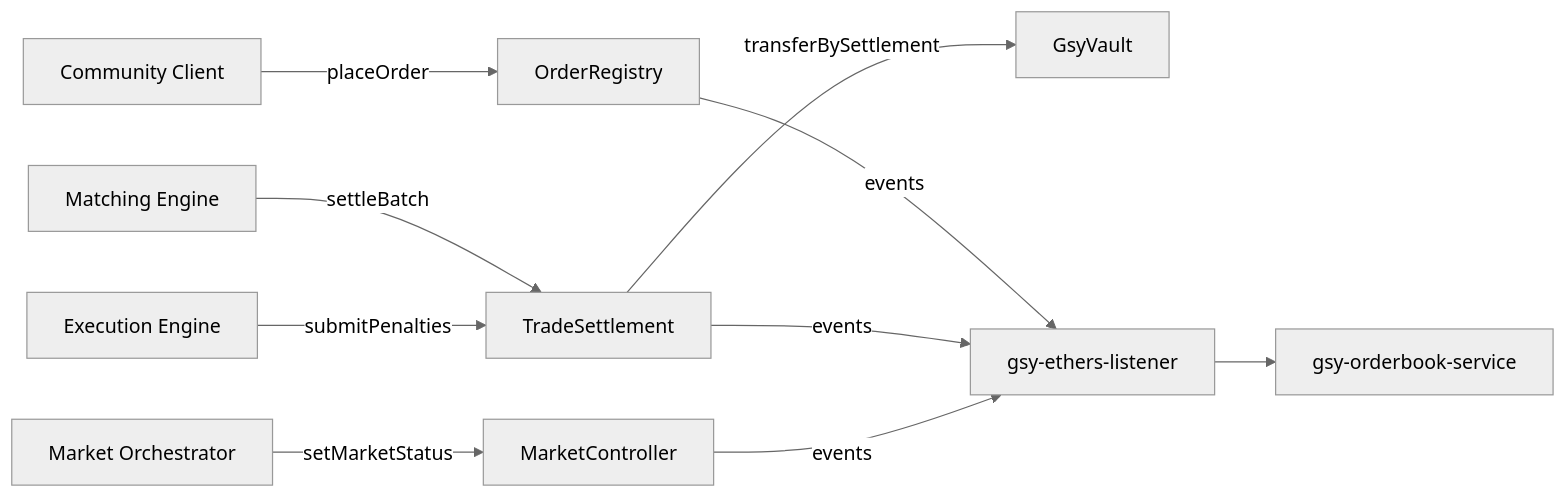
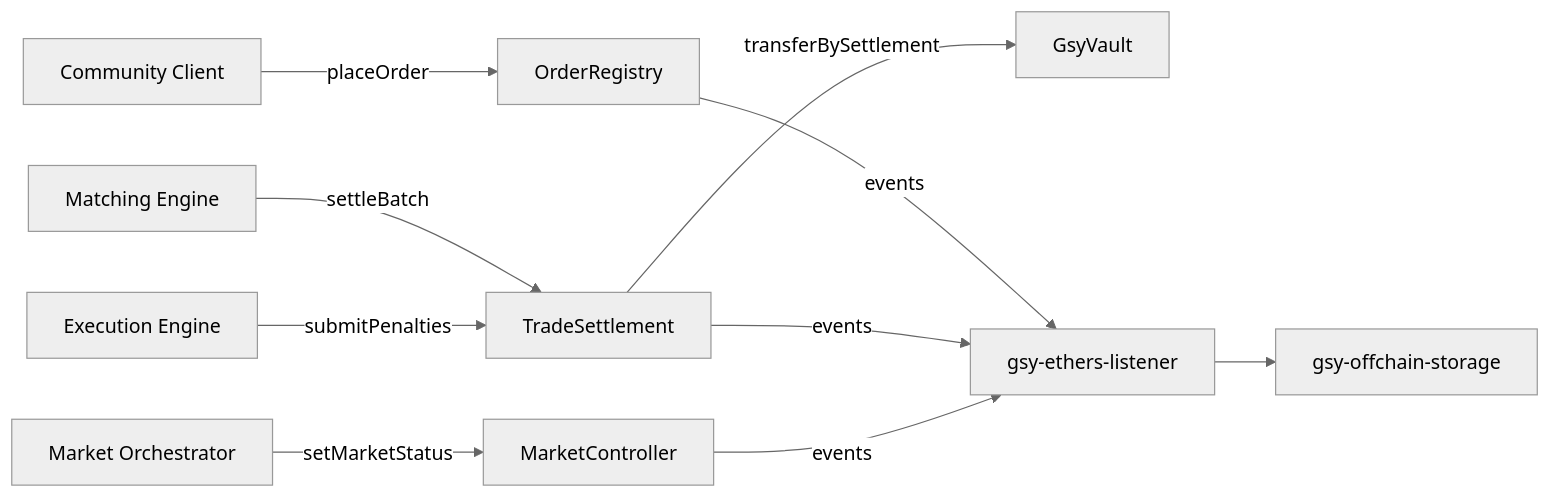
The diagram in docs/platform/overview.md (gridsingularity/gsy-decentralized-exchange), drawn with Mermaid (neutral theme) before and after one commit. The commit also changed other lines of this file and 42 other files, not shown here.

````diff
--- a/docs/platform/overview.md
+++ b/docs/platform/overview.md
@@ -22,12 +22,12 @@
 ```mermaid
 flowchart LR
     MO["Market Orchestrator"] -->|setMarketStatus| MC["MarketController"]
     CC["Community Client"] -->|placeOrder| OR["OrderRegistry"]
     ME["Matching Engine"] -->|settleBatch| TS["TradeSettlement"]
     EE["Execution Engine"] -->|submitPenalties| TS
     TS -->|transferBySettlement| GV["GsyVault"]
     OR -->|events| EL["gsy-ethers-listener"]
     TS -->|events| EL
     MC -->|events| EL
-    EL --> OB["gsy-orderbook-service"]
+    EL --> OB["gsy-offchain-storage"]
 ```
````
